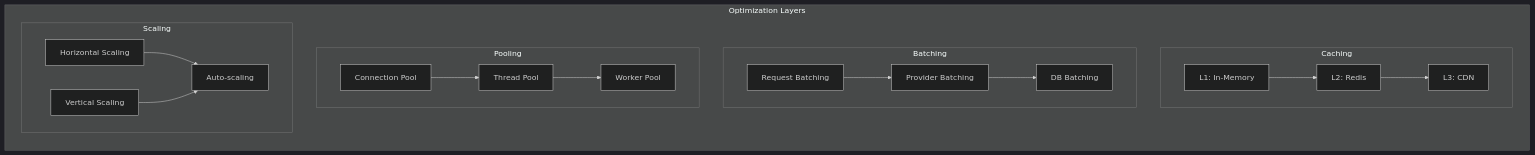
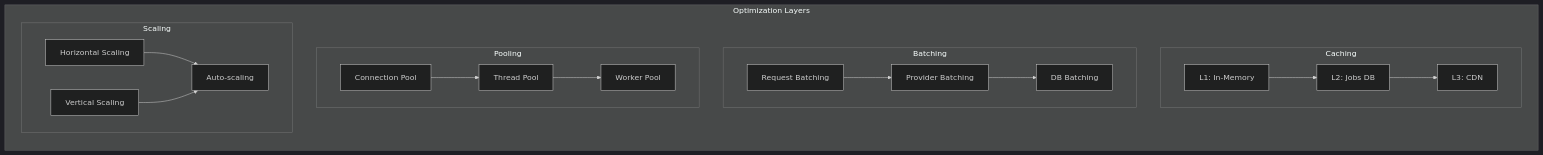
Diagram 13 of 13 in Docs/Code_Documentation/Embeddings-Documentation.md (khuushichand/aiml-project), drawn with Mermaid (dark theme) before and after one commit. The commit also changed other lines of this file and 61 other files, not shown here.

````diff
--- a/Docs/Code_Documentation/Embeddings-Documentation.md
+++ b/Docs/Code_Documentation/Embeddings-Documentation.md
@@ -648,40 +648,40 @@
 ```mermaid
 graph LR
     subgraph "Optimization Layers"
         subgraph "Caching"
             L1[L1: In-Memory]
-            L2[L2: Redis]
+            L2[L2: Jobs DB]
             L3[L3: CDN]
         end
 
         subgraph "Batching"
             BATCH[Request Batching]
             PBATCH[Provider Batching]
             DBATCH[DB Batching]
         end
 
         subgraph "Pooling"
             CPOOL[Connection Pool]
             TPOOL[Thread Pool]
             WPOOL[Worker Pool]
         end
 
         subgraph "Scaling"
             HSCALE[Horizontal Scaling]
             VSCALE[Vertical Scaling]
             AUTO[Auto-scaling]
         end
     end
 
     L1 --> L2
     L2 --> L3
 
     BATCH --> PBATCH
     PBATCH --> DBATCH
 
     CPOOL --> TPOOL
     TPOOL --> WPOOL
 
     HSCALE --> AUTO
     VSCALE --> AUTO
 ```
````
